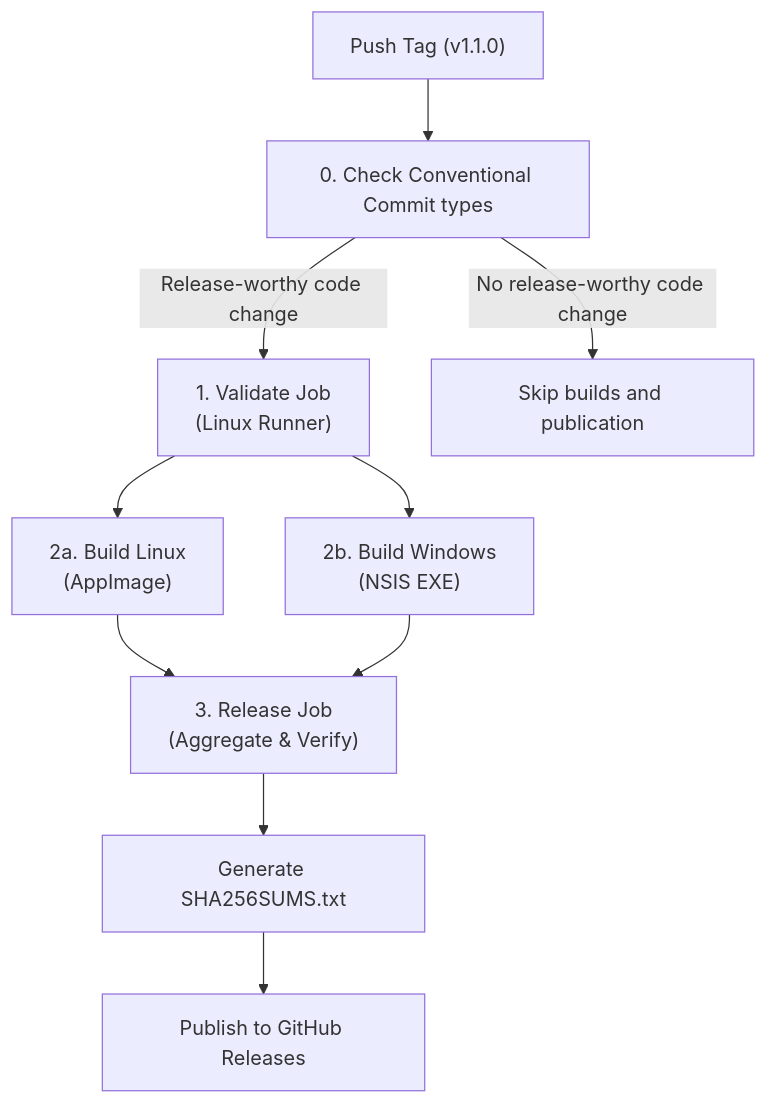
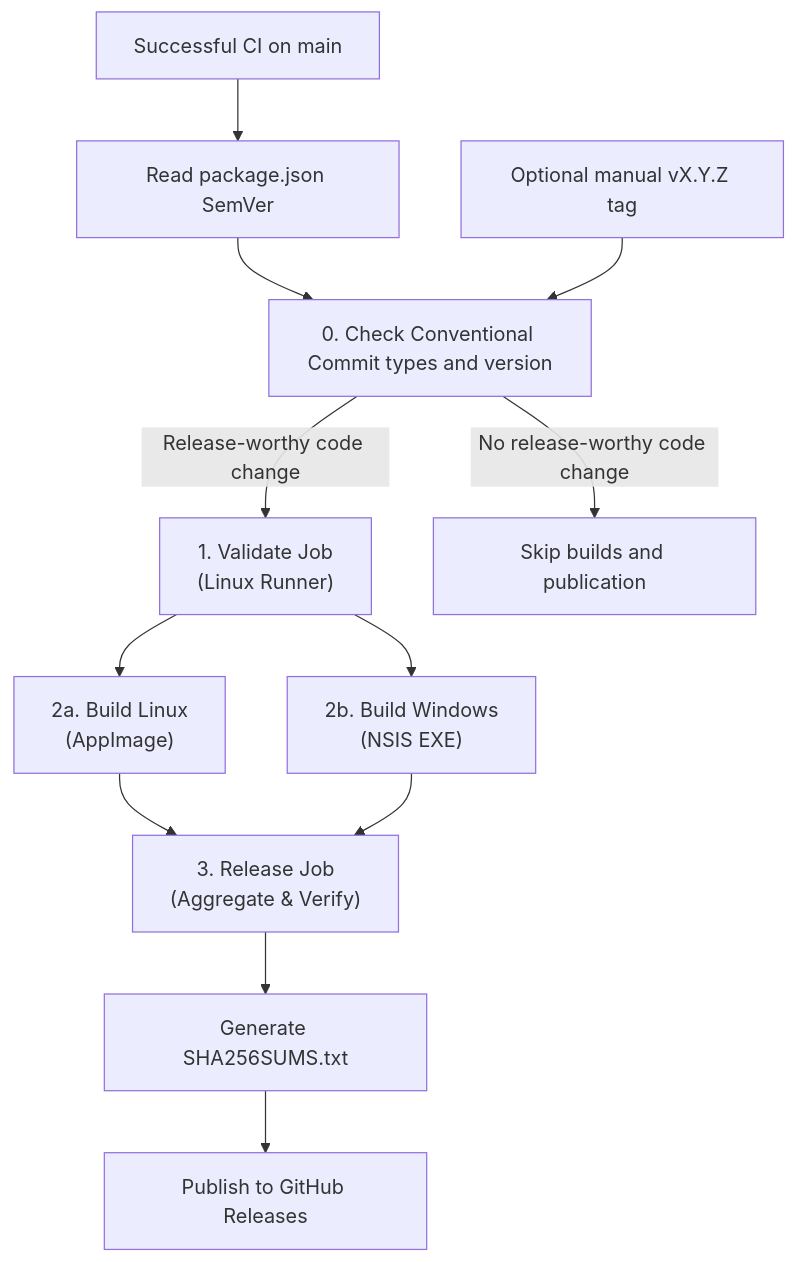
The second of 2 diagrams in docs/releasing.md (jirayaSenju/rt-library), drawn with Mermaid before and after one commit. The commit also changed other lines of this file and 2 other files, not shown here.

Commit message:
ci: automate semver release after main validation

````diff
--- a/docs/releasing.md
+++ b/docs/releasing.md
@@ -110,12 +110,14 @@
 ```mermaid
 graph TD
-    Tag["Push Tag (v1.1.0)"] --> Eligibility["0. Check Conventional Commit types"]
+    Main["Successful CI on main"] --> Version["Read package.json SemVer"]
+    Version --> Eligibility["0. Check Conventional Commit types and version"]
     Eligibility -->|"Release-worthy code change"| Validate["1. Validate Job<br/>(Linux Runner)"]
     Validate --> BuildLinux["2a. Build Linux<br/>(AppImage)"]
     Validate --> BuildWin["2b. Build Windows<br/>(NSIS EXE)"]
     BuildLinux --> Release["3. Release Job<br/>(Aggregate & Verify)"]
     BuildWin --> Release
     Release --> Checksums["Generate SHA256SUMS.txt"]
     Checksums --> Publish["Publish to GitHub Releases"]
     Eligibility -->|"No release-worthy code change"| Skip["Skip builds and publication"]
+    ManualTag["Optional manual vX.Y.Z tag"] --> Eligibility
 ```
````
